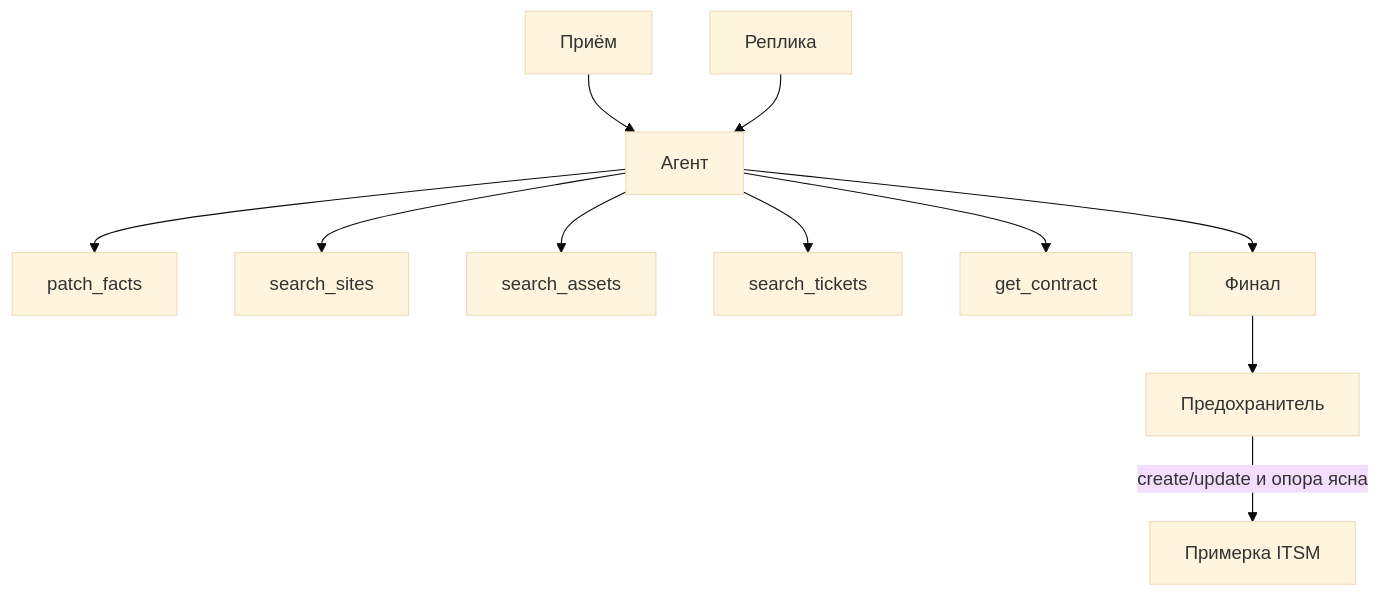
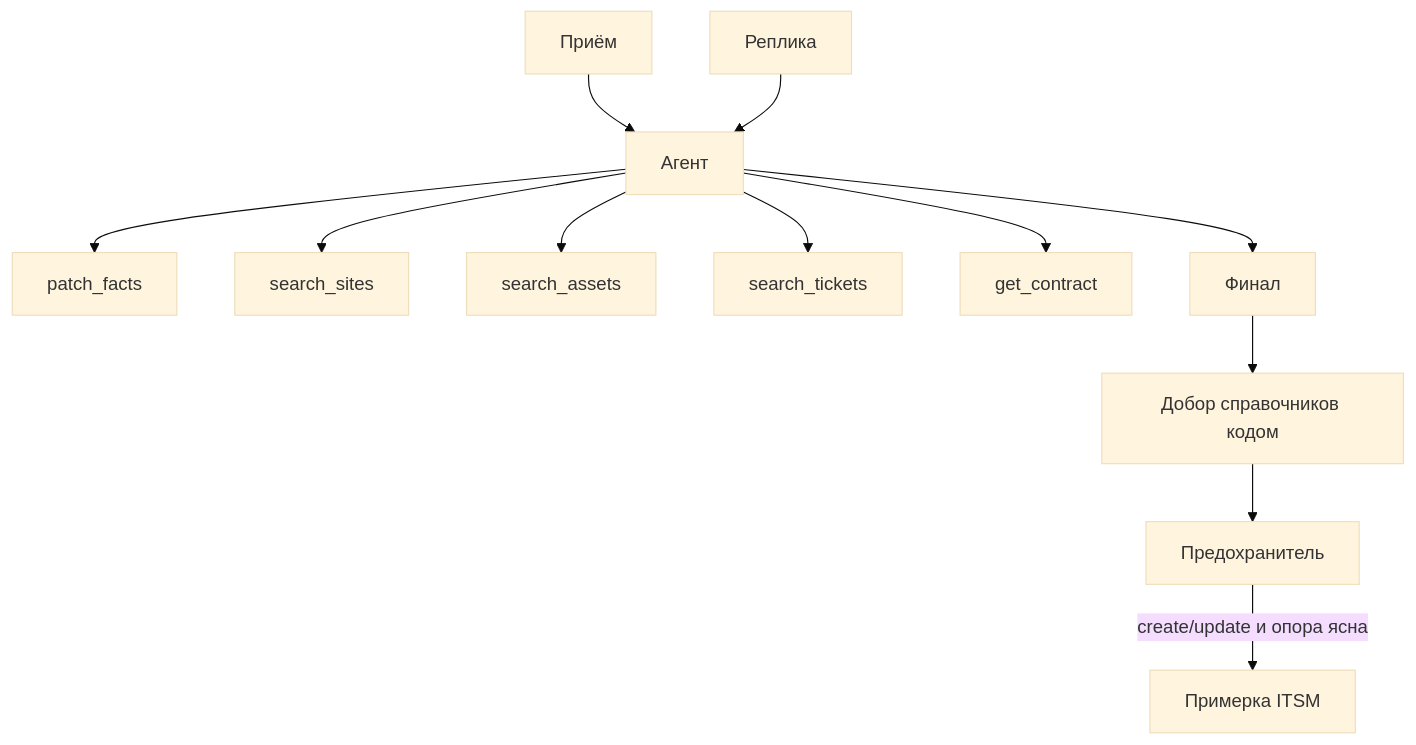
One commit to smirnoff-ai/jo-selectel-ai-solution-architect changed the diagram in docs/concept/agent-harness.md. Above: the diagram before and after it, drawn with Mermaid (base theme). The commit also changed other lines of this file and 22 other files, not shown here.

````diff
--- a/docs/concept/agent-harness.md
+++ b/docs/concept/agent-harness.md
@@ -26,13 +26,14 @@
 ```mermaid
 flowchart TB
   Intake[Приём] --> Agent[Агент]
   Reply[Реплика] --> Agent
   Agent --> Patch[patch_facts]
   Agent --> Sites[search_sites]
   Agent --> Assets[search_assets]
   Agent --> Tickets[search_tickets]
   Agent --> Contract[get_contract]
   Agent --> Final[Финал]
-  Final --> Guard[Предохранитель]
+  Final --> Complete[Добор справочников кодом]
+  Complete --> Guard[Предохранитель]
   Guard -->|create/update и опора ясна| Dry[Примерка ITSM]
 ```
````
